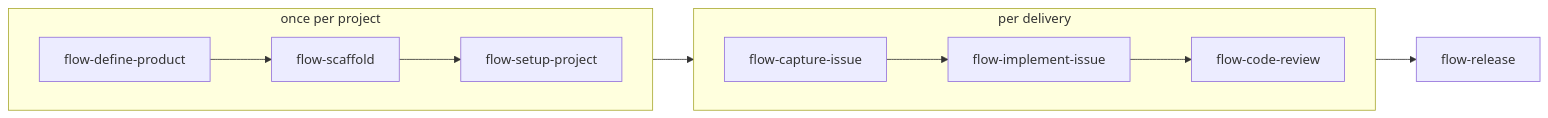
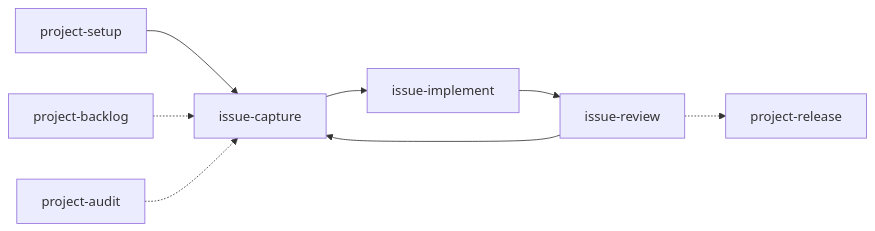
The first of 3 diagrams in README.md (martonpaulo/skills), drawn with Mermaid before and after one commit. The commit also changed other lines of this file and 71 other files, not shown here.

First line of the commit message:
refactor: regroup the delivery skills under project- and issue-

````diff
--- a/README.md
+++ b/README.md
@@ -17,13 +17,8 @@
 ```mermaid
 flowchart LR
-  subgraph once["once per project"]
-    direction LR
-    dp["flow-define-product"] --> sc["flow-scaffold"] --> sp["flow-setup-project"]
-  end
-  subgraph loop["per delivery"]
-    direction LR
-    ci["flow-capture-issue"] --> ii["flow-implement-issue"] --> cr["flow-code-review"]
-  end
-  once --> loop
-  loop --> rel["flow-release"]
+  ps["project-setup"] --> ic["issue-capture"] --> ii["issue-implement"] --> ir["issue-review"]
+  ir --> ic
+  ir -.-> prl["project-release"]
+  pb["project-backlog"] -.-> ic
+  pa["project-audit"] -.-> ic
 ```
````
